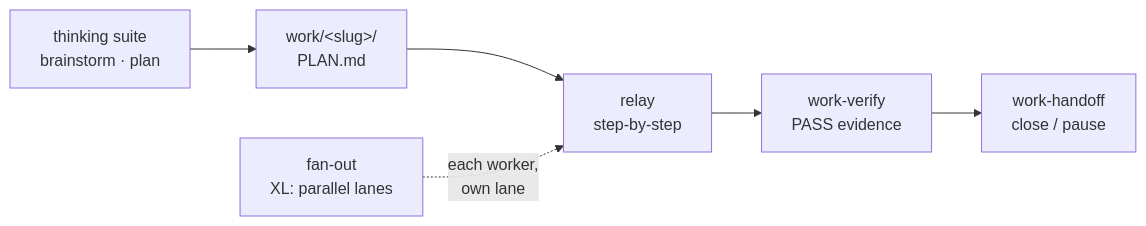
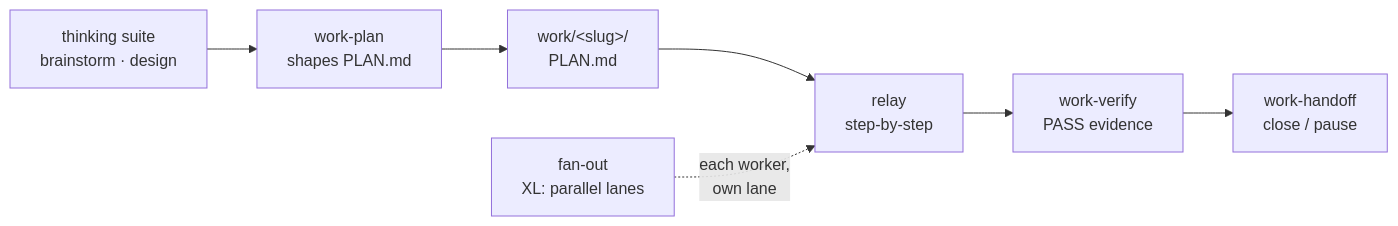
The third of 5 diagrams in README.md (bygama/Agent-Engineering), drawn with Mermaid before and after one commit. The commit also changed other lines of this file and 4 other files, not shown here.

````diff
--- a/README.md
+++ b/README.md
@@ -126,8 +129,9 @@
 ```mermaid
 flowchart LR
-    TH["thinking suite<br/>brainstorm · plan"] --> PL["work/&lt;slug&gt;/<br/>PLAN.md"]
+    TH["thinking suite<br/>brainstorm · design"] --> WP["work-plan<br/>shapes PLAN.md"]
+    WP --> PL["work/&lt;slug&gt;/<br/>PLAN.md"]
     PL --> RE["relay<br/>step-by-step"]
     RE --> WV["work-verify<br/>PASS evidence"]
     WV --> WH["work-handoff<br/>close / pause"]
     FO["fan-out<br/>XL: parallel lanes"] -.->|"each worker,<br/>own lane"| RE
 ```
````
